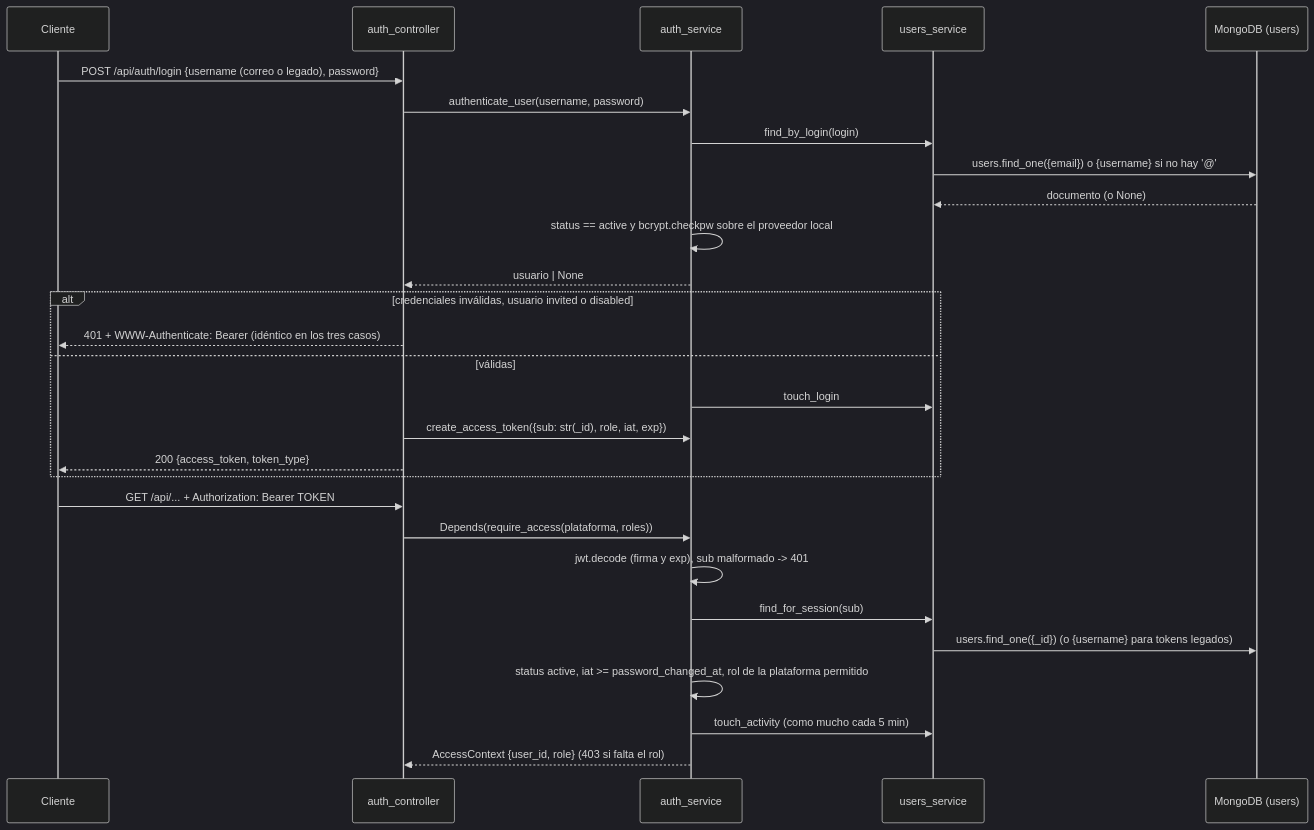
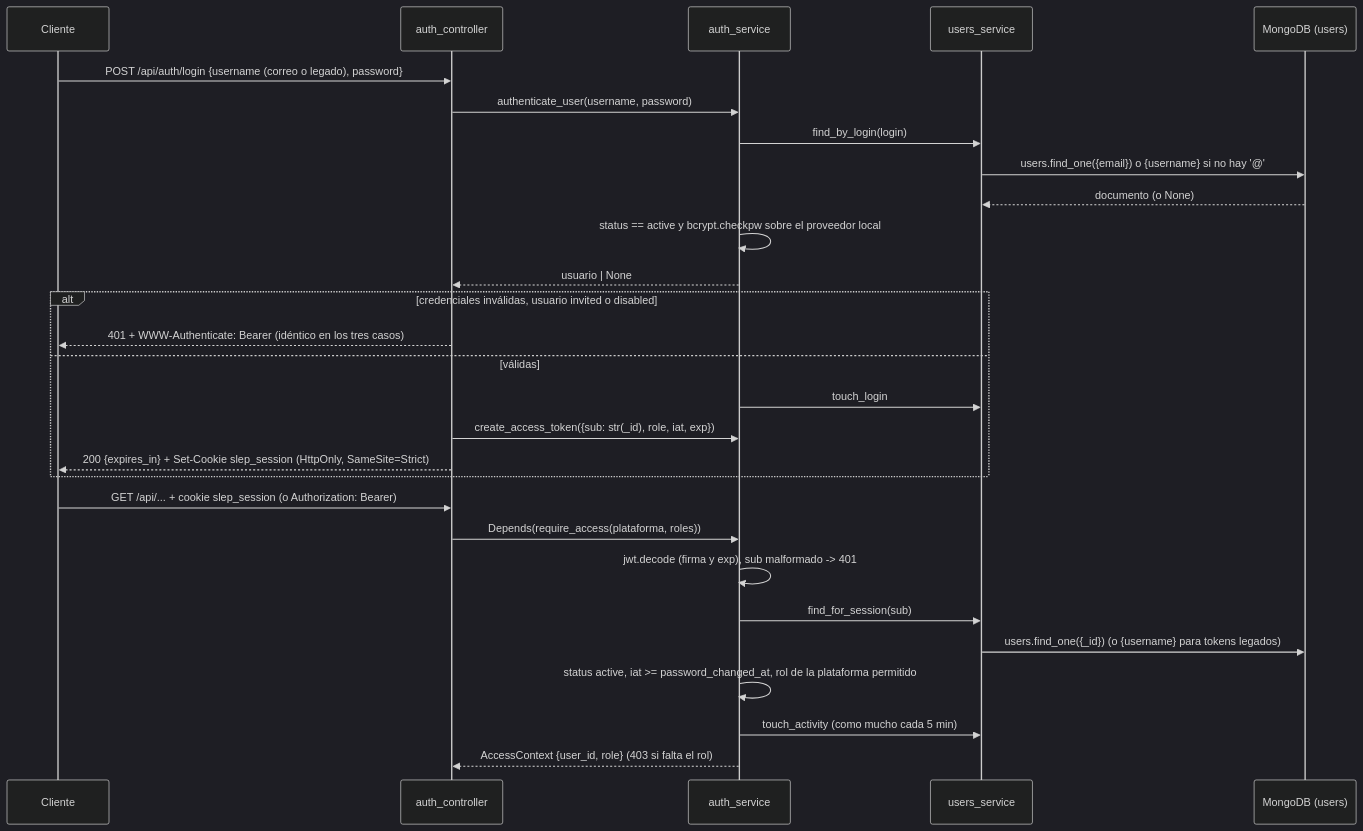
The first of 3 diagrams in Documentacion/04-seguridad-y-acceso.md (TomasManriquez/Gestion-de-establecimientos), drawn with Mermaid (dark theme) before and after one commit. The commit also changed other lines of this file and 24 other files, not shown here.

First line of the commit message:
feat(auth): sesion en cookie HttpOnly en lugar de localStorage (F6 S3, ADR-016)

````diff
--- a/Documentacion/04-seguridad-y-acceso.md
+++ b/Documentacion/04-seguridad-y-acceso.md
@@ -13,32 +13,32 @@
 ```mermaid
 sequenceDiagram
     participant C as Cliente
     participant AC as auth_controller
     participant AS as auth_service
     participant US as users_service
     participant DB as MongoDB (users)
 
     C->>AC: POST /api/auth/login {username (correo o legado), password}
     AC->>AS: authenticate_user(username, password)
     AS->>US: find_by_login(login)
     US->>DB: users.find_one({email}) o {username} si no hay '@'
     DB-->>US: documento (o None)
     AS->>AS: status == active y bcrypt.checkpw sobre el proveedor local
     AS-->>AC: usuario | None
     alt credenciales inválidas, usuario invited o disabled
         AC-->>C: 401 + WWW-Authenticate: Bearer (idéntico en los tres casos)
     else válidas
         AS->>US: touch_login
         AC->>AS: create_access_token({sub: str(_id), role, iat, exp})
-        AC-->>C: 200 {access_token, token_type}
+        AC-->>C: 200 {expires_in} + Set-Cookie slep_session (HttpOnly, SameSite=Strict)
     end
 
-    C->>AC: GET /api/... + Authorization: Bearer TOKEN
+    C->>AC: GET /api/... + cookie slep_session (o Authorization: Bearer)
     AC->>AS: Depends(require_access(plataforma, roles))
     AS->>AS: jwt.decode (firma y exp), sub malformado -> 401
     AS->>US: find_for_session(sub)
     US->>DB: users.find_one({_id}) (o {username} para tokens legados)
     AS->>AS: status active, iat >= password_changed_at, rol de la plataforma permitido
     AS->>US: touch_activity (como mucho cada 5 min)
     AS-->>AC: AccessContext {user_id, role} (403 si falta el rol)
 ```
````
